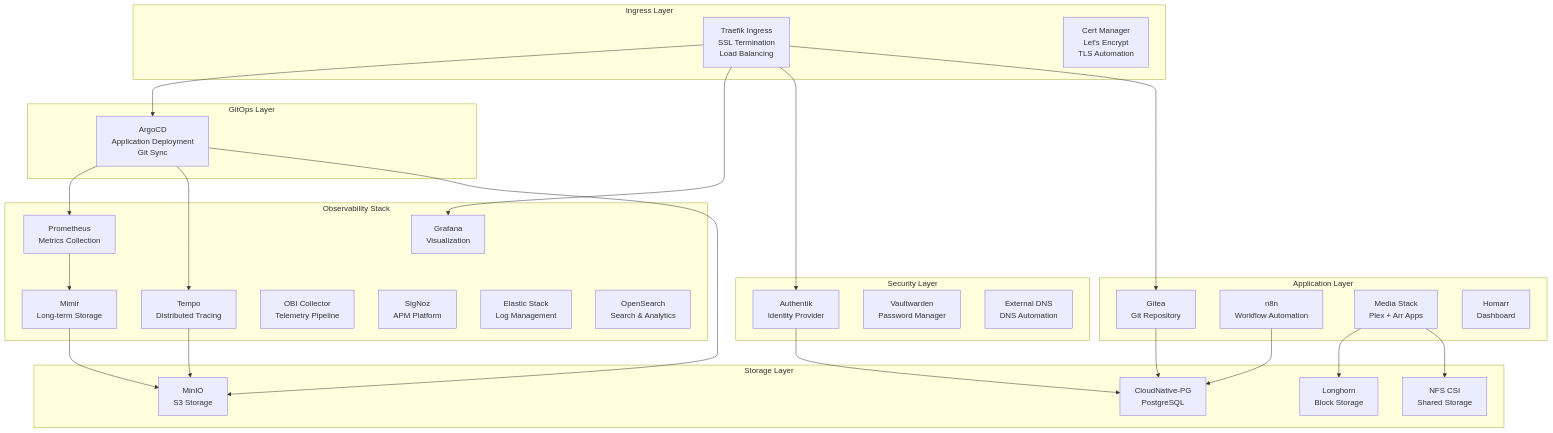
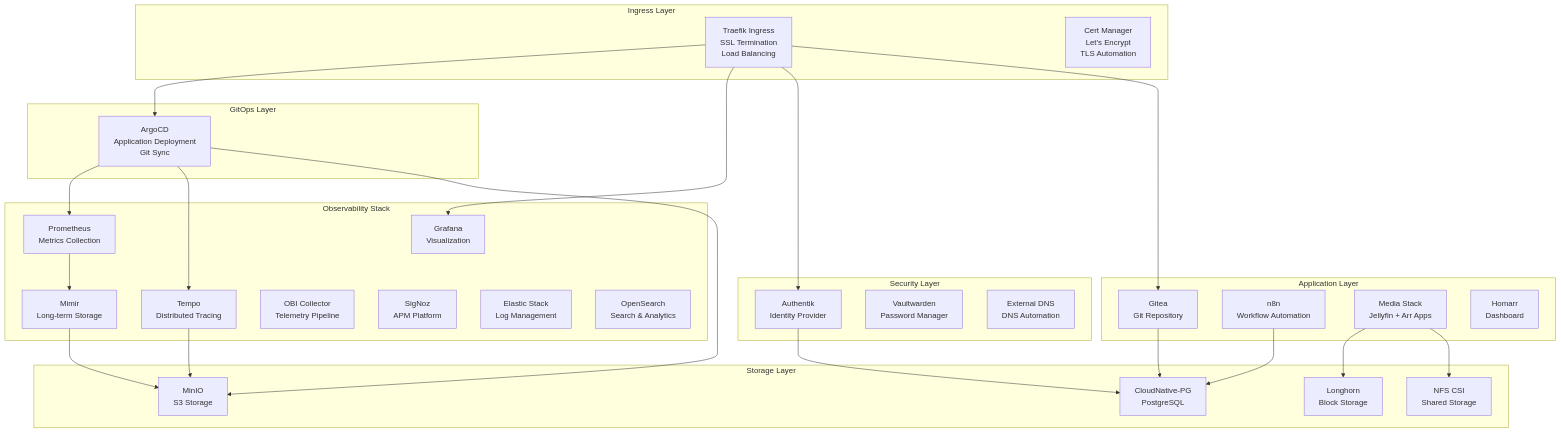
One commit to codesenju/kubelab changed the second of 8 diagrams in docs/architecture.md. Above: the diagram before and after it, drawn with Mermaid. The commit also changed other lines of this file and 1 other file, not shown here.

Commit message:
chore: refactor rename Plex to Jellyfin

````diff
--- a/docs/architecture.md
+++ b/docs/architecture.md
@@ -39,62 +39,62 @@
 ```mermaid
 graph TB
     subgraph "Ingress Layer"
         Traefik[Traefik Ingress<br/>SSL Termination<br/>Load Balancing]
         CertManager[Cert Manager<br/>Let's Encrypt<br/>TLS Automation]
     end
 
     subgraph "GitOps Layer"
         ArgoCD[ArgoCD<br/>Application Deployment<br/>Git Sync]
     end
 
     subgraph "Observability Stack"
         Prometheus[Prometheus<br/>Metrics Collection]
         Grafana[Grafana<br/>Visualization]
         Mimir[Mimir<br/>Long-term Storage]
         Tempo[Tempo<br/>Distributed Tracing]
         OBI[OBI Collector<br/>Telemetry Pipeline]
         SigNoz[SigNoz<br/>APM Platform]
         Elastic[Elastic Stack<br/>Log Management]
         OpenSearch[OpenSearch<br/>Search & Analytics]
     end
 
     subgraph "Storage Layer"
         MinIO[MinIO<br/>S3 Storage]
         Longhorn[Longhorn<br/>Block Storage]
         CNPG[CloudNative-PG<br/>PostgreSQL]
         NFS[NFS CSI<br/>Shared Storage]
     end
 
     subgraph "Security Layer"
         Authentik[Authentik<br/>Identity Provider]
         Vaultwarden[Vaultwarden<br/>Password Manager]
         ExternalDNS[External DNS<br/>DNS Automation]
     end
 
     subgraph "Application Layer"
         Gitea[Gitea<br/>Git Repository]
         N8N[n8n<br/>Workflow Automation]
-        MediaStack[Media Stack<br/>Plex + Arr Apps]
+        MediaStack[Media Stack<br/>Jellyfin + Arr Apps]
         Homarr[Homarr<br/>Dashboard]
     end
 
     Traefik --> ArgoCD
     Traefik --> Grafana
     Traefik --> Authentik
     Traefik --> Gitea
     
     ArgoCD --> Prometheus
     ArgoCD --> Tempo
     ArgoCD --> MinIO
     
     Prometheus --> Mimir
     Tempo --> MinIO
     Mimir --> MinIO
     
     Authentik --> CNPG
     Gitea --> CNPG
     N8N --> CNPG
     
     MediaStack --> Longhorn
     MediaStack --> NFS
 ```
````
